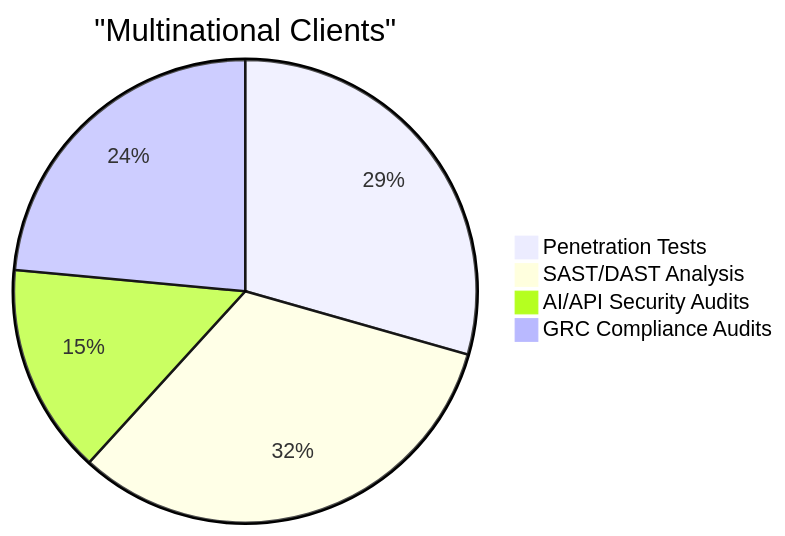
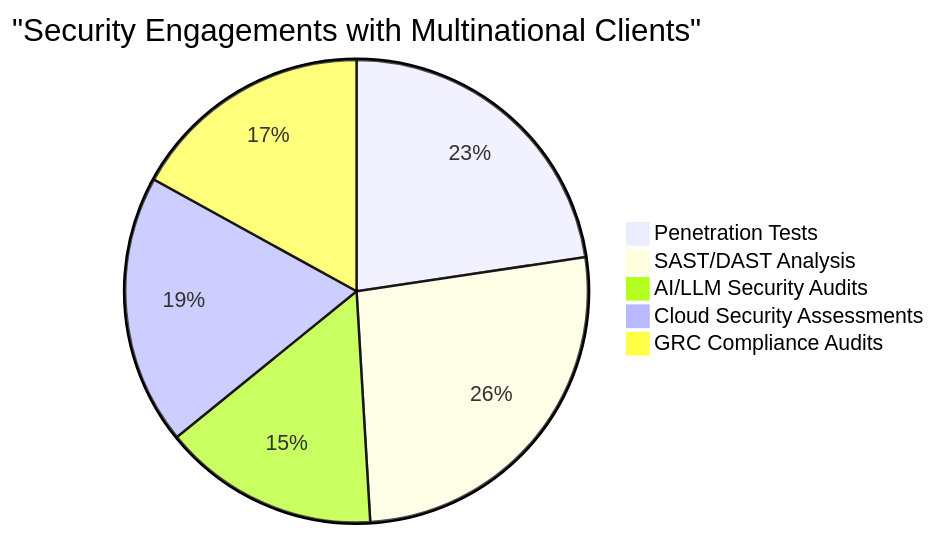
One commit to striketm98/striketm98 changed the diagram in README.md. Above: the diagram before and after it, drawn with Mermaid. The commit also changed other lines of this file, not shown here.

Commit message:
Update profile with current status, AutoSecForge Pro project, AI security focus, and latest achievements

````diff
--- a/README.md
+++ b/README.md
@@ -76,7 +139,8 @@
 ```mermaid
-pie title  "Multinational Clients"
-    "Penetration Tests" : 10
-    "SAST/DAST Analysis" : 11
-    "AI/API Security Audits" : 5
-    "GRC Compliance Audits" : 8
+pie title  "Security Engagements with Multinational Clients"
+    "Penetration Tests" : 12
+    "SAST/DAST Analysis" : 14
+    "AI/LLM Security Audits" : 8
+    "Cloud Security Assessments" : 10
+    "GRC Compliance Audits" : 9
 ```
````
